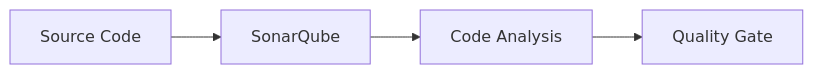
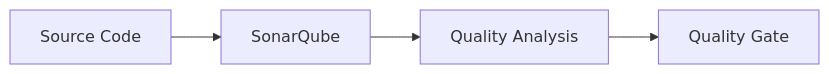
One commit to Yuvii2102/My-Devops-Cloud-Journey changed the fourth of 26 diagrams in DevOps-Labs-and-Projects/33-CI-CD-Interview-Prep/README.md. Above: the diagram before and after it, drawn with Mermaid. The commit also changed other lines of this file, not shown here.

````diff
--- a/DevOps-Labs-and-Projects/33-CI-CD-Interview-Prep/README.md
+++ b/DevOps-Labs-and-Projects/33-CI-CD-Interview-Prep/README.md
@@ -238,6 +168,6 @@
 ```mermaid
 flowchart LR
-    A[Source Code] --> B[SonarQube]
-    B --> C[Code Analysis]
-    C --> D[Quality Gate]
+    CODE["Source Code"] --> SQ["SonarQube"]
+    SQ --> QA["Quality Analysis"]
+    QA --> QG["Quality Gate"]
 ```
````
